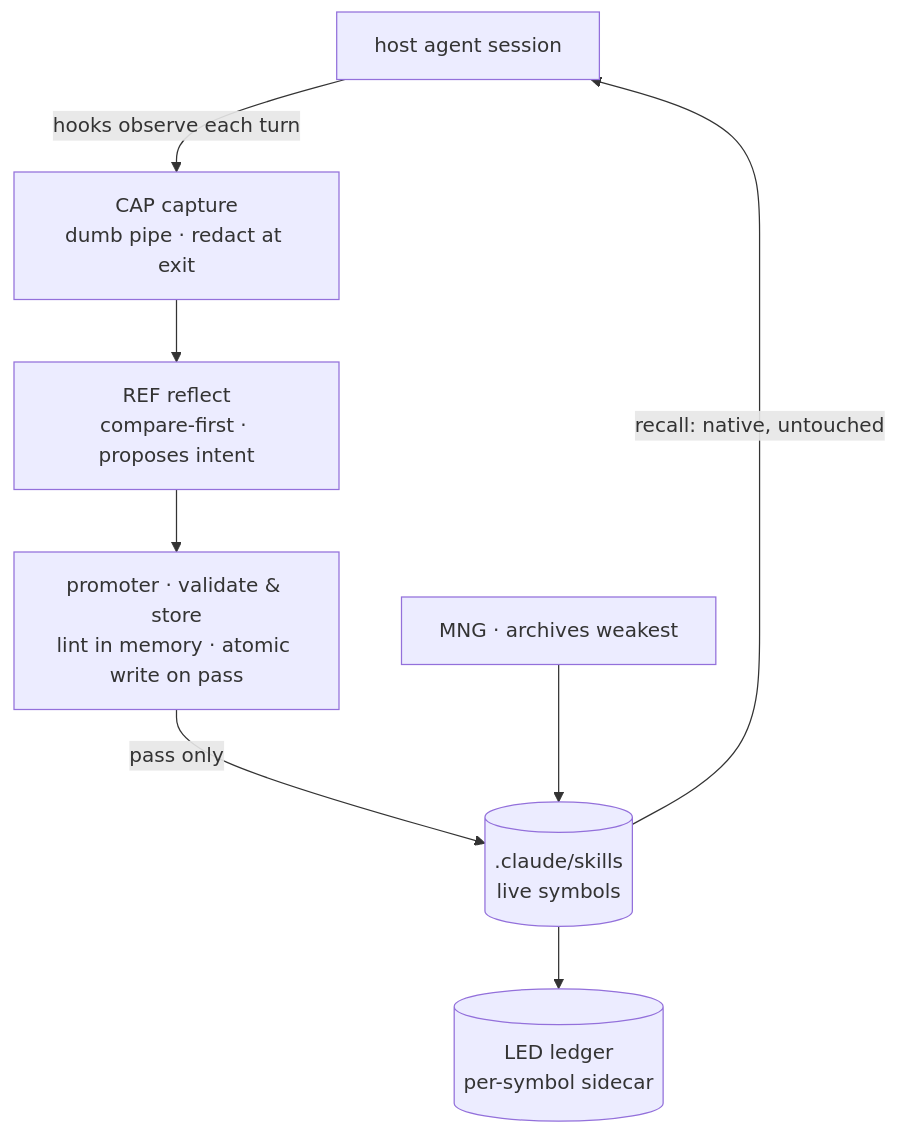
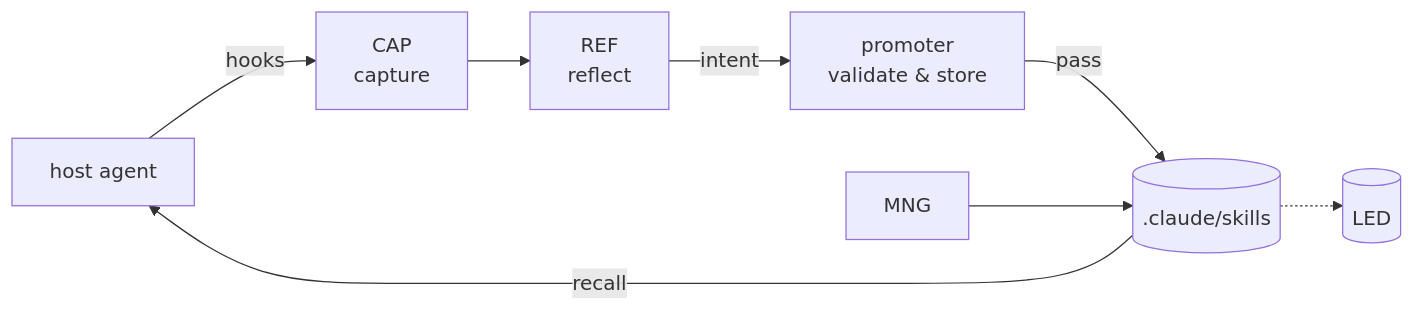
The diagram in README.md (tigerless-labs/autoharness), drawn with Mermaid before and after one commit.

Commit message:
docs: README 流程图改 LR 紧凑布局，消竖排过大

````diff
--- a/README.md
+++ b/README.md
@@ -32,18 +32,15 @@
 ```mermaid
-flowchart TB
-    host["host agent session"]
-    cap["CAP capture<br/>dumb pipe · redact at exit"]
-    ref["REF reflect<br/>compare-first · proposes intent"]
-    prom["promoter · validate &amp; store<br/>lint in memory · atomic write on pass"]
-    skills[(".claude/skills<br/>live symbols")]
-    mng["MNG · archives weakest"]
-    led[("LED ledger<br/>per-symbol sidecar")]
+flowchart LR
+    host["host agent"]
+    cap["CAP<br/>capture"]
+    ref["REF<br/>reflect"]
+    prom["promoter<br/>validate &amp; store"]
+    skills[(".claude/skills")]
+    mng["MNG"]
+    led[("LED")]
 
-    host -->|hooks observe each turn| cap
-    cap --> ref
-    ref --> prom
-    prom -->|pass only| skills
+    host -->|hooks| cap --> ref -->|intent| prom -->|pass| skills
+    skills -->|recall| host
     mng --> skills
-    skills --> led
-    skills -->|recall: native, untouched| host
+    skills -.-> led
 ```
````
